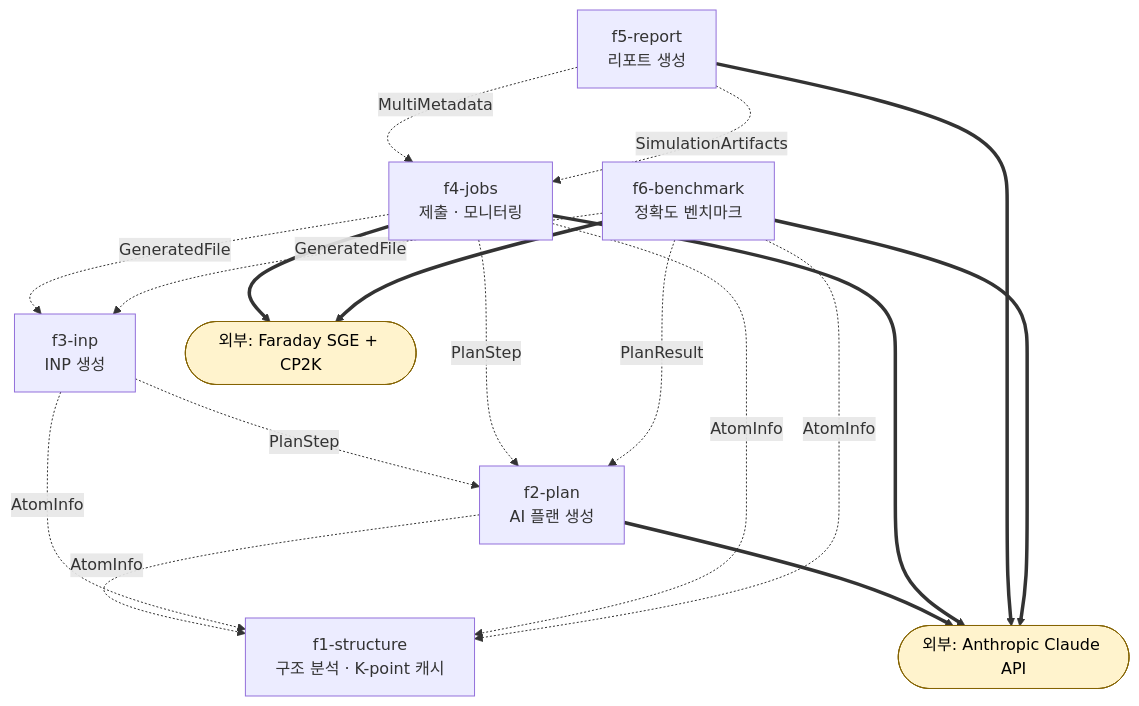
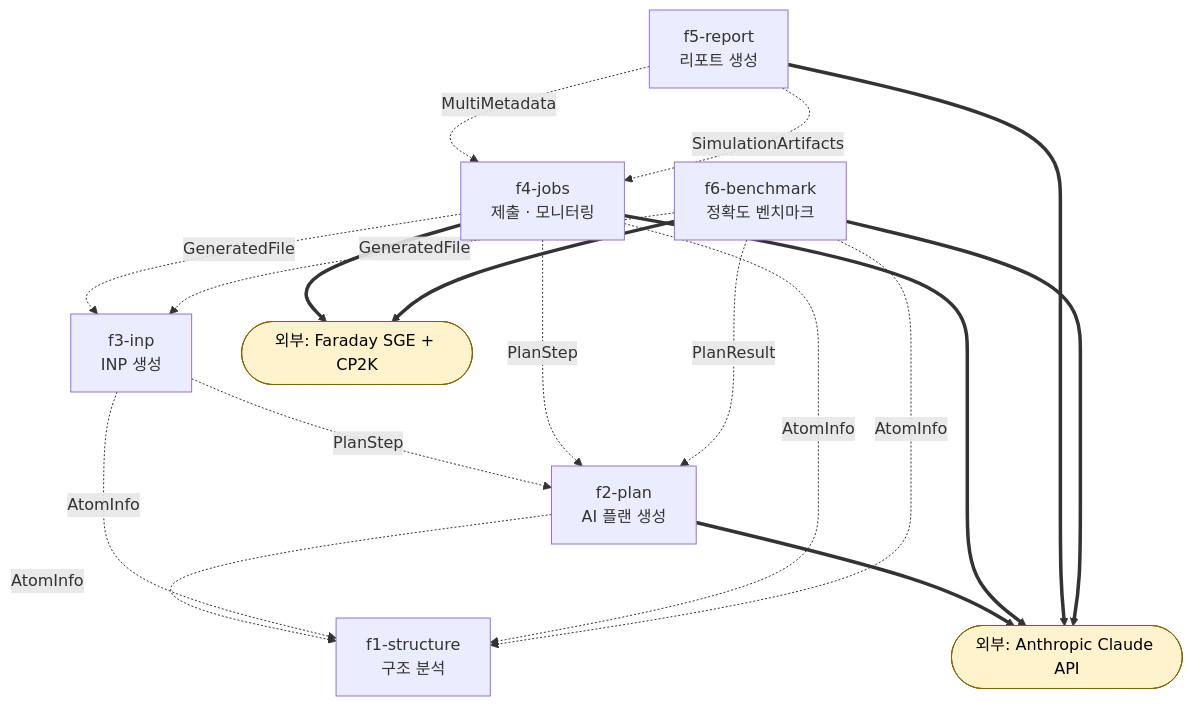
The first of 2 diagrams in docs/ARCHITECTURE.md (kyusang-shim-astralQ/hackerton-test-ks), drawn with Mermaid before and after one commit. The commit also changed other lines of this file and 50 other files, not shown here.

````diff
--- a/docs/ARCHITECTURE.md
+++ b/docs/ARCHITECTURE.md
@@ -33,38 +33,38 @@
 ```mermaid
 flowchart TD
-    f1["f1-structure<br/>구조 분석 · K-point 캐시"]
+    f1["f1-structure<br/>구조 분석"]
     f2["f2-plan<br/>AI 플랜 생성"]
     f3["f3-inp<br/>INP 생성"]
     f4["f4-jobs<br/>제출 · 모니터링"]
     f5["f5-report<br/>리포트 생성"]
     f6["f6-benchmark<br/>정확도 벤치마크"]
 
     %% --- 메인 파이프라인 (f1 -> f2 -> f3 -> f4 -> f5), 모두 can_mock=true 이므로 점선 ---
     f2 -. "AtomInfo" .-> f1
     f3 -. "AtomInfo" .-> f1
     f3 -. "PlanStep" .-> f2
     f4 -. "AtomInfo" .-> f1
     f4 -. "PlanStep" .-> f2
     f4 -. "GeneratedFile" .-> f3
     f5 -. "MultiMetadata" .-> f4
     f5 -. "SimulationArtifacts" .-> f4
 
     %% --- 벤치마크는 f1/f2/f3 소비 말단 ---
     f6 -. "AtomInfo" .-> f1
     f6 -. "PlanResult" .-> f2
     f6 -. "GeneratedFile" .-> f3
 
     %% --- 외부 시스템 ---
     ANTH(["외부: Anthropic Claude API"])
     SGE(["외부: Faraday SGE + CP2K"])
 
     f2 ==> ANTH
     f4 ==> ANTH
     f5 ==> ANTH
     f6 ==> ANTH
     f4 ==> SGE
     f6 ==> SGE
 
     classDef ext fill:#fff3cd,stroke:#856404,stroke-width:1px,color:#000;
     class ANTH,SGE ext;
 ```
````
